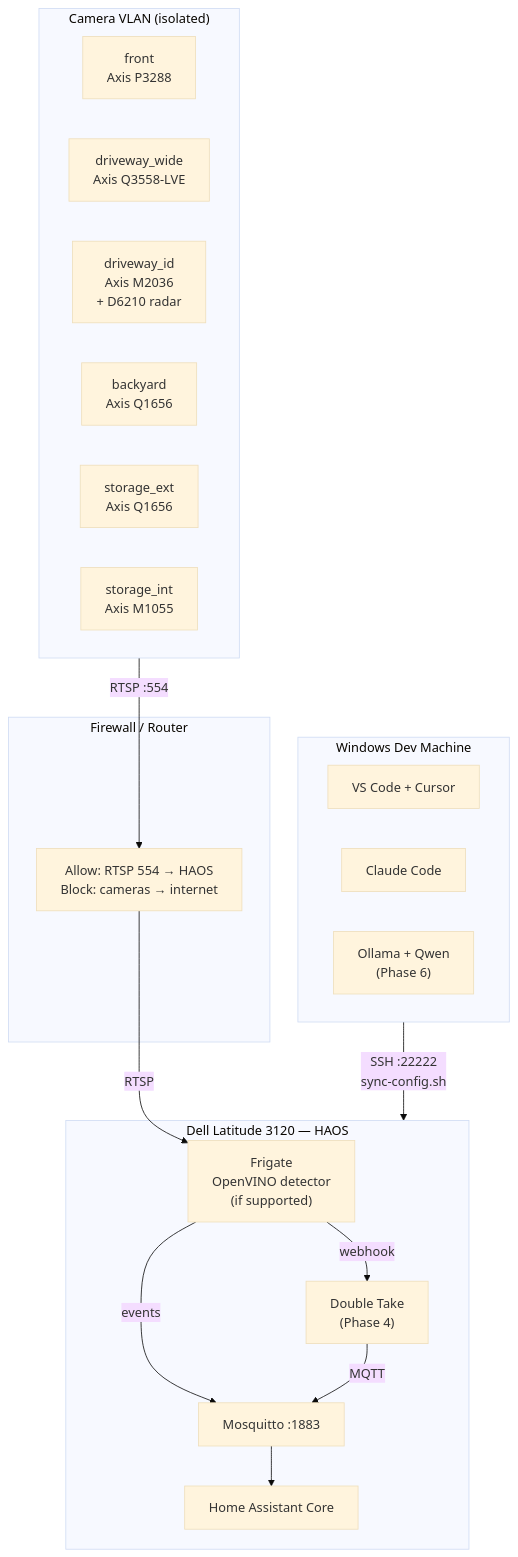
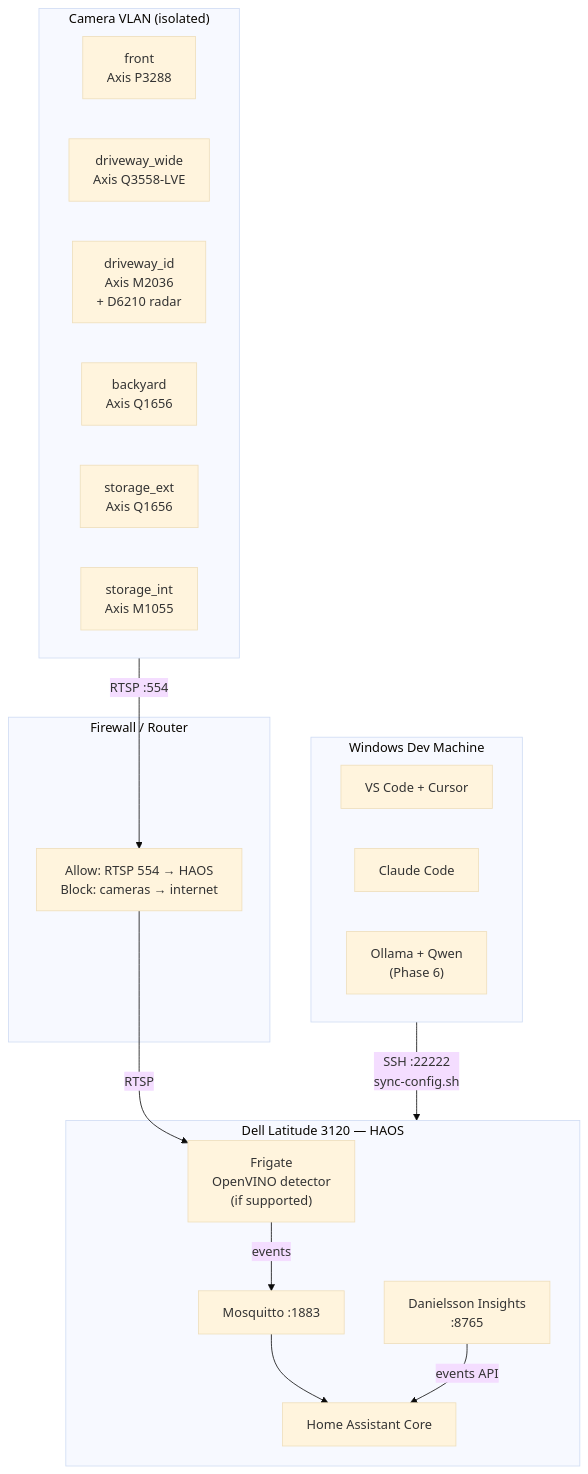
Before and after one commit to thomasdanielsson731/home-assistant-lab: the diagram in docs/architecture-review.md, drawn with Mermaid (base theme). The commit also changed other lines of this file and 82 other files, not shown here.

````diff
--- a/docs/architecture-review.md
+++ b/docs/architecture-review.md
@@ -95,37 +96,36 @@
 ```mermaid
 graph TD
     subgraph CamVLAN["Camera VLAN (isolated)"]
         P3288["front\nAxis P3288"]
         Q3558["driveway_wide\nAxis Q3558-LVE"]
         M2036["driveway_id\nAxis M2036\n+ D6210 radar"]
         Q1656B["backyard\nAxis Q1656"]
         Q1656S["storage_ext\nAxis Q1656"]
         M1055["storage_int\nAxis M1055"]
     end
 
     subgraph HAOS["Dell Latitude 3120 — HAOS"]
         Frigate["Frigate\nOpenVINO detector\n(if supported)"]
         HA["Home Assistant Core"]
         MQTT["Mosquitto :1883"]
-        DT["Double Take\n(Phase 4)"]
+        Insights["Danielsson Insights\n:8765"]
     end
 
     subgraph Firewall["Firewall / Router"]
         FW["Allow: RTSP 554 → HAOS\nBlock: cameras → internet"]
     end
 
     CamVLAN -->|RTSP :554| FW
     FW -->|RTSP| Frigate
     Frigate -->|events| MQTT
-    Frigate -->|webhook| DT
     MQTT --> HA
-    DT -->|MQTT| MQTT
+    Insights -->|events API| HA
 
     subgraph DevPC["Windows Dev Machine"]
         VSCode["VS Code + Cursor"]
         Claude["Claude Code"]
         Ollama["Ollama + Qwen\n(Phase 6)"]
     end
 
     DevPC -->|SSH :22222\nsync-config.sh| HAOS
 ```
````
